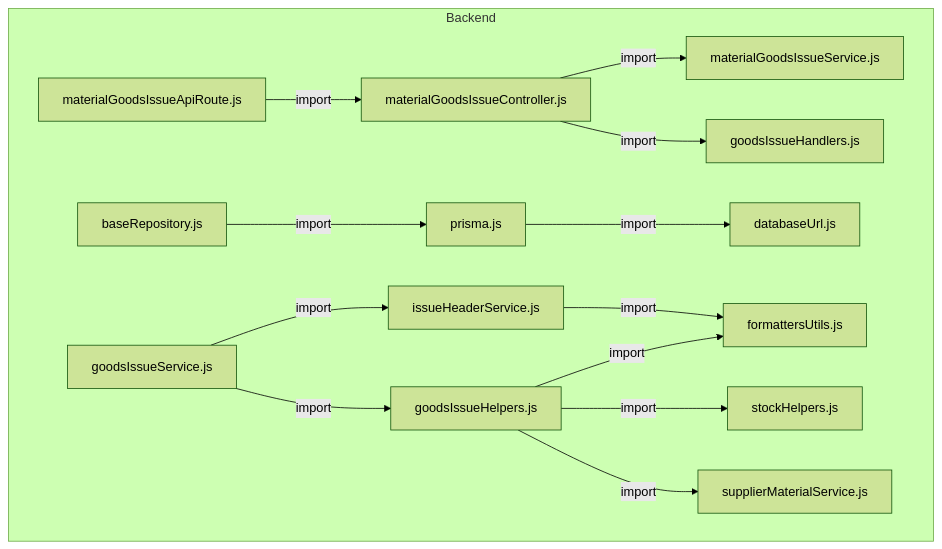
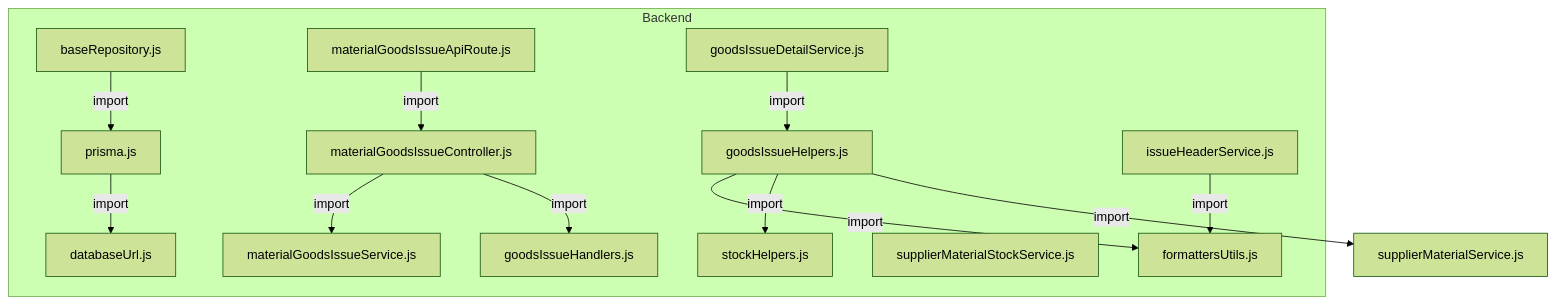
Before and after one commit to gpgsistemas01/nexus: the first of 6 diagrams in docs/architecture/views/processes/backend-code-sequences/issues/cu-sal-05.md, drawn with Mermaid (forest theme). The commit also changed other lines of this file and 122 other files, not shown here.

````diff
--- a/docs/architecture/views/processes/backend-code-sequences/issues/cu-sal-05.md
+++ b/docs/architecture/views/processes/backend-code-sequences/issues/cu-sal-05.md
@@ -51,29 +55,29 @@
 ```mermaid
 flowchart TB
+    SupplierMaterial["supplierMaterialService.js"]
     subgraph Component0["Backend"]
         FileMaterialGoodsIssueController["materialGoodsIssueController.js"]
         Controller["goodsIssueHandlers.js"]
         FileDatabaseUrl["databaseUrl.js"]
         FilePrisma["prisma.js"]
         FileBaseRepository["baseRepository.js"]
         Route["materialGoodsIssueApiRoute.js"]
         StockChecks["stockHelpers.js"]
         Helpers["goodsIssueHelpers.js"]
-        Core["goodsIssueService.js"]
+        Core["goodsIssueDetailService.js"]
         Facade["materialGoodsIssueService.js"]
         Header["issueHeaderService.js"]
-        SupplierMaterial["supplierMaterialService.js"]
+        StockBalance["supplierMaterialStockService.js"]
         Formatter["formattersUtils.js"]
     end
     FileMaterialGoodsIssueController -->|import| Facade
     FileMaterialGoodsIssueController -->|import| Controller
     FilePrisma -->|import| FileDatabaseUrl
     FileBaseRepository -->|import| FilePrisma
     Route -->|import| FileMaterialGoodsIssueController
     Helpers -->|import| Formatter
     Helpers -->|import| StockChecks
     Helpers -->|import| SupplierMaterial
     Core -->|import| Helpers
-    Core -->|import| Header
     Header -->|import| Formatter
 ```
````
